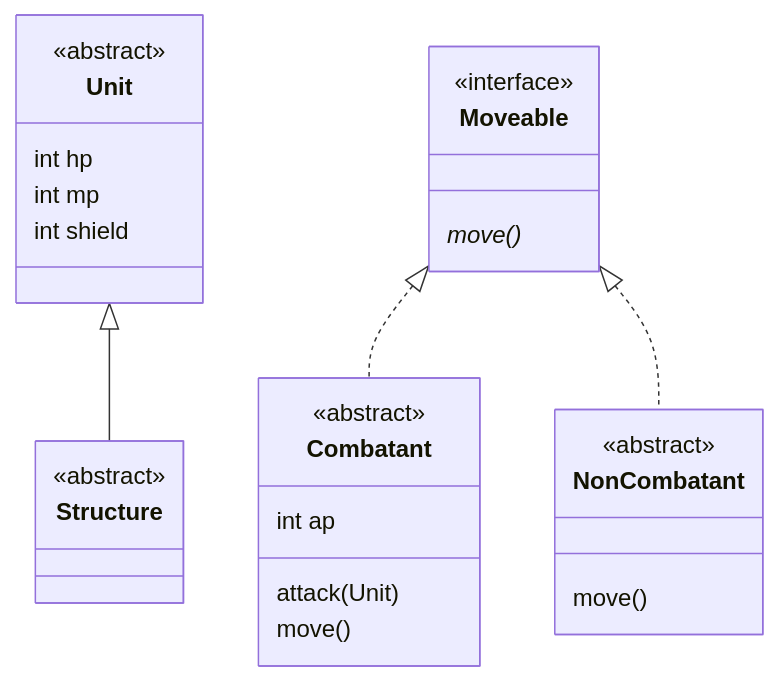
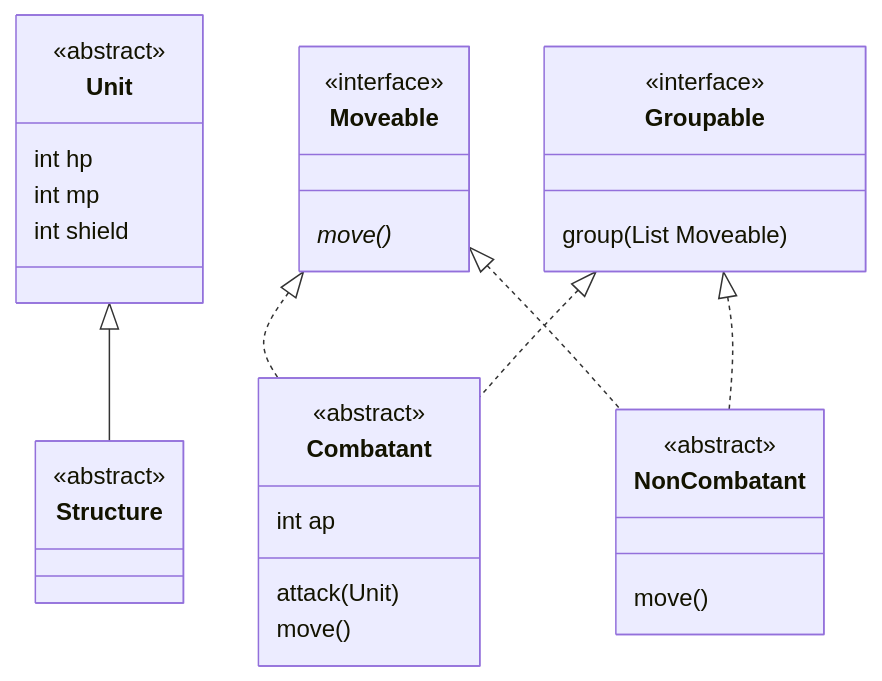
The diagram in Daily/2025-03-20.md (choiexe1/local), drawn with Mermaid before and after one commit.

Commit message:
vault backup: 2025-03-20 18:10:11

````diff
--- a/Daily/2025-03-20.md
+++ b/Daily/2025-03-20.md
@@ -18,37 +18,47 @@
 ```mermaid
 classDiagram
 
 class Unit {
 	<<abstract>>
 	int hp
 	int mp
 	int shield
 }
 
 class Structure {
 	<<abstract>>
 }
 
 Unit <|-- Structure
 
 class Moveable {
 	<<interface>>
 	move()*
 }
 
 class Combatant {
 	<<abstract>>
 	int ap
 	attack(Unit)
 	move()
 }
 
 class NonCombatant{
 	<<abstract>>
 	move()
 }
 
+class Groupable {
+	<<interface>>
+	group(List Moveable)
+}
+
 Moveable <|.. Combatant
 Moveable <|.. NonCombatant
 
+Groupable <|.. Combatant
+Groupable <|.. NonCombatant
+
+
+
 ```
````
